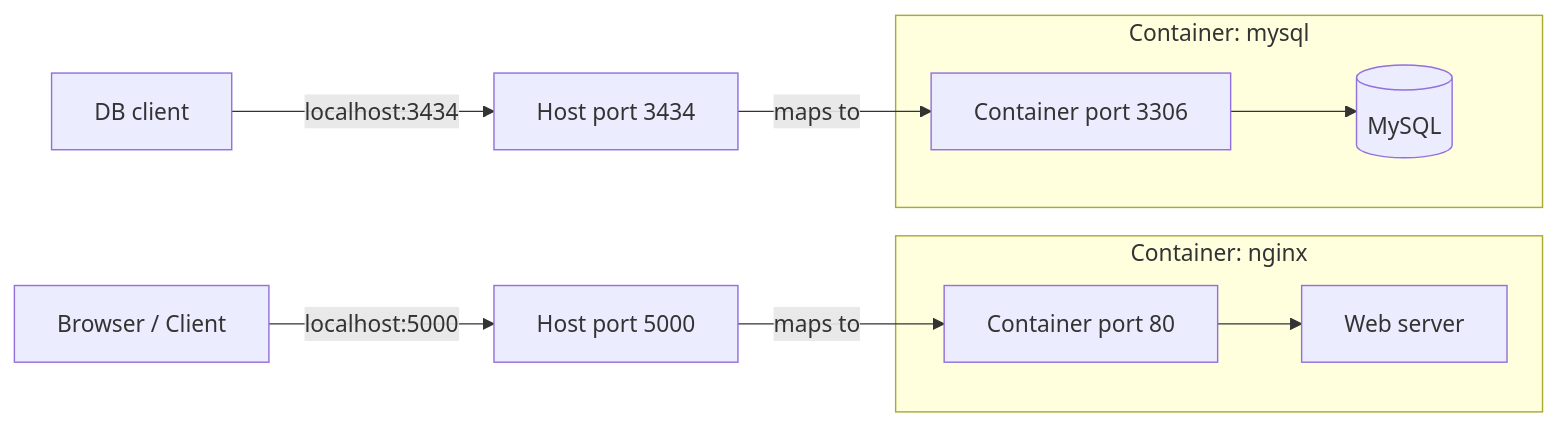
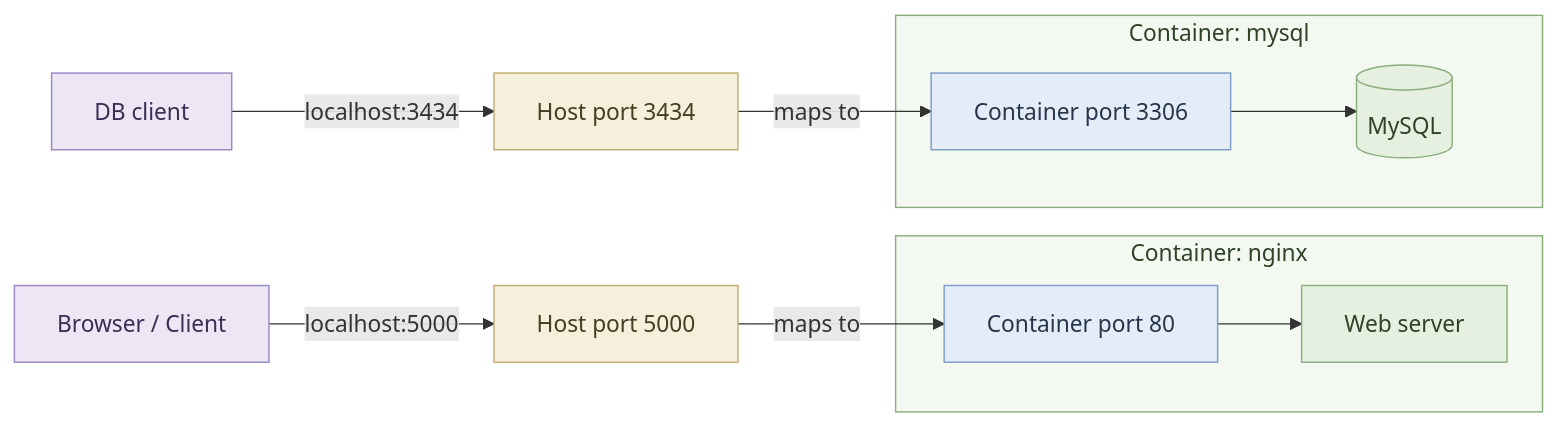
Before and after one commit to saurabhchachre013/docker101: the seventh of 10 diagrams in Docker101.md, drawn with Mermaid. The commit also changed other lines of this file and 2 other files, not shown here.

Commit message:
flask app with dockerfile

````diff
--- a/Docker101.md
+++ b/Docker101.md
@@ -367,14 +434,25 @@
 ```mermaid
 flowchart LR
-    U[Browser / Client] -- "localhost:5000" --> HP["Host port 5000"]
+    U["Browser / Client"] -- "localhost:5000" --> HP["Host port 5000"]
     HP -- "maps to" --> CP["Container port 80"]
     subgraph C["Container: nginx"]
-        CP --> APP[Web server]
+        CP --> APP["Web server"]
     end
 
-    U2[DB client] -- "localhost:3434" --> HP2["Host port 3434"]
+    U2["DB client"] -- "localhost:3434" --> HP2["Host port 3434"]
     HP2 -- "maps to" --> CP2["Container port 3306"]
     subgraph D["Container: mysql"]
-        CP2 --> DB[(MySQL)]
+        CP2 --> DB[("MySQL")]
     end
+
+    classDef client fill:#ECE6F5,stroke:#9A86C0,color:#3A2E52
+    classDef host fill:#F5EFDC,stroke:#C2AC6E,color:#463C1F
+    classDef port fill:#E3ECF7,stroke:#7A9CC6,color:#26354A
+    classDef app fill:#E6F0E0,stroke:#8AAE7A,color:#2F4227
+    class U,U2 client
+    class HP,HP2 host
+    class CP,CP2 port
+    class APP,DB app
+    style C fill:#F3F8F1,stroke:#8AAE7A,color:#2F4227
+    style D fill:#F3F8F1,stroke:#8AAE7A,color:#2F4227
 ```
````
